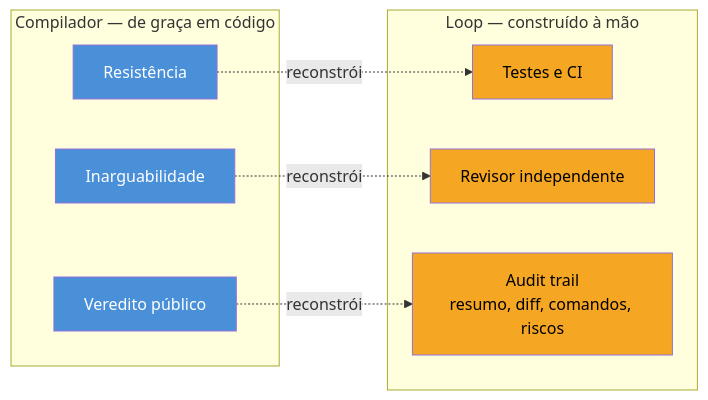
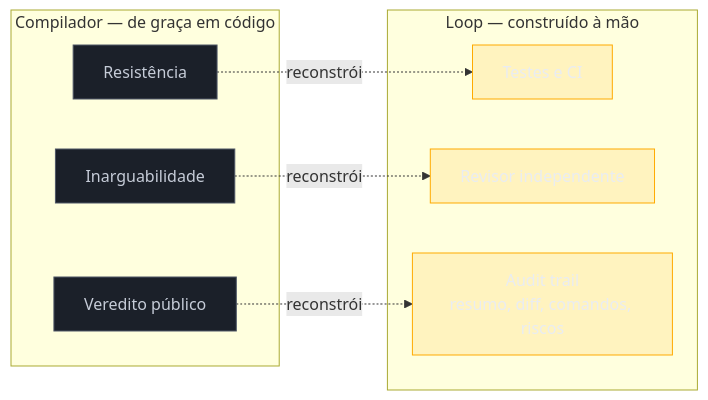
The second of 3 diagrams in 03-Dominios/Tecnologia/IA/Evolução da Engenharia de IA/09 - Loop engineering e o compilador que faltava.md (josenaldo/codex-technomanticus), drawn with Mermaid before and after one commit. The commit also changed other lines of this file and 1181 other files, not shown here.

First line of the commit message:
fix(diagramas): paleta do sistema no lugar de cor cravada no markdown

````diff
--- a/03-Dominios/Tecnologia/IA/Evolução da Engenharia de IA/09 - Loop engineering e o compilador que faltava.md
+++ b/03-Dominios/Tecnologia/IA/Evolução da Engenharia de IA/09 - Loop engineering e o compilador que faltava.md
@@ -93,24 +94,26 @@
 ```mermaid
 flowchart LR
+    classDef neutro fill:#1B2029,stroke:#4E5666,color:#C6CCD8
+    classDef destaque fill:#FFAA0024,stroke:#FFAA00,color:#E9ECF2
     subgraph COMP["Compilador — de graça em código"]
         R1["Resistência"]
         I1["Inarguabilidade"]
         V1["Veredito público"]
     end
     subgraph LOOP["Loop — construído à mão"]
         R2["Testes e CI"]
         I2["Revisor independente"]
         V2["Audit trail<br/>resumo, diff, comandos, riscos"]
     end
 
     R1 -.->|reconstrói| R2
     I1 -.->|reconstrói| I2
     V1 -.->|reconstrói| V2
 
-    style R1 fill:#4A90D9,color:#fff
-    style I1 fill:#4A90D9,color:#fff
-    style V1 fill:#4A90D9,color:#fff
-    style R2 fill:#F5A623,color:#000
-    style I2 fill:#F5A623,color:#000
-    style V2 fill:#F5A623,color:#000
+    class R1 neutro
+    class I1 neutro
+    class V1 neutro
+    class R2 destaque
+    class I2 destaque
+    class V2 destaque
 ```
````
